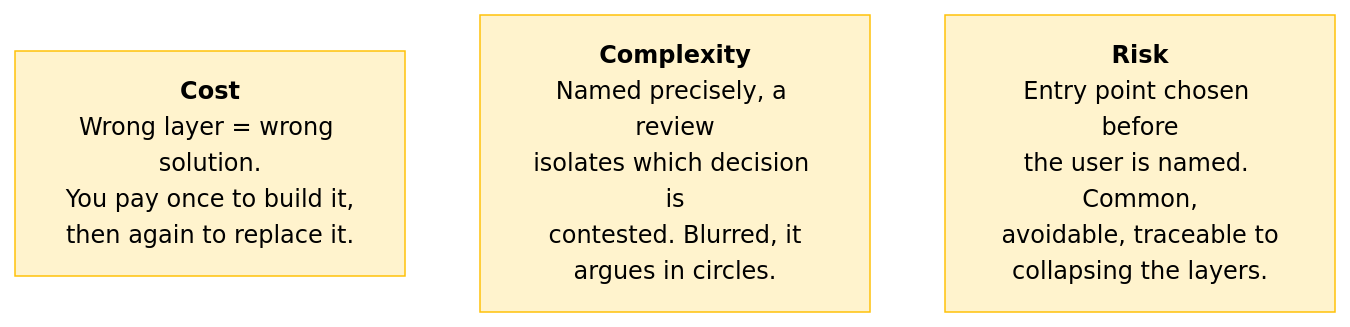
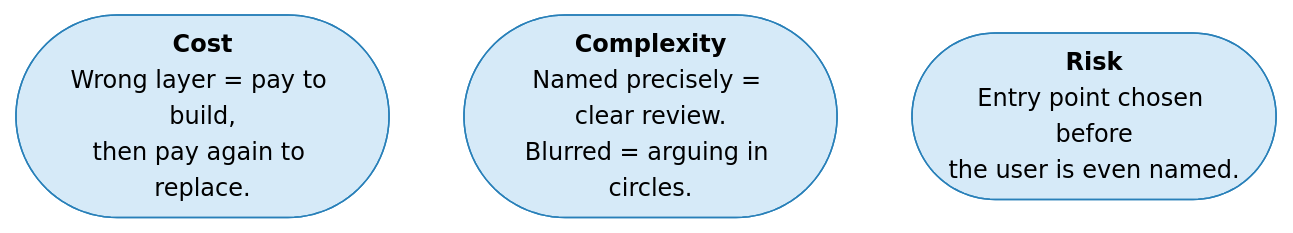
Before and after one commit to shreyabaid007/Claude-Certified-Architect: the second of 6 diagrams in Professional/01-Claude-Platform-and-Solution-Design/02-Platform-Map-and-Primitives.md, drawn with Mermaid. The commit also changed other lines of this file and 1 other file, not shown here.

Commit message:
Restyle Cost/Complexity/Risk as blue pill-shaped cards with punchy text
Blue stadium-shaped nodes make these sections visually distinct from
yellow concept cards and green action cards. Text cut to one punchy
sentence per card for fast scanning.

````diff
--- a/Professional/01-Claude-Platform-and-Solution-Design/02-Platform-Map-and-Primitives.md
+++ b/Professional/01-Claude-Platform-and-Solution-Design/02-Platform-Map-and-Primitives.md
@@ -55,10 +55,10 @@
 ```mermaid
 flowchart LR
-    classDef concept fill:#fff3cd,stroke:#ffc107,color:#000
+    classDef risk fill:#d6eaf8,stroke:#2980b9,color:#000
 
-    C["<b>Cost</b><br/>Wrong layer = wrong solution.<br/>You pay once to build it,<br/>then again to replace it."]:::concept
-    X["<b>Complexity</b><br/>Named precisely, a review<br/>isolates which decision is<br/>contested. Blurred, it<br/>argues in circles."]:::concept
-    R["<b>Risk</b><br/>Entry point chosen before<br/>the user is named. Common,<br/>avoidable, traceable to<br/>collapsing the layers."]:::concept
+    C(["<b>Cost</b><br/>Wrong layer = pay to build,<br/>then pay again to replace."]):::risk
+    X(["<b>Complexity</b><br/>Named precisely = clear review.<br/>Blurred = arguing in circles."]):::risk
+    R(["<b>Risk</b><br/>Entry point chosen before<br/>the user is even named."]):::risk
 
     C ~~~ X ~~~ R
 ```
````
